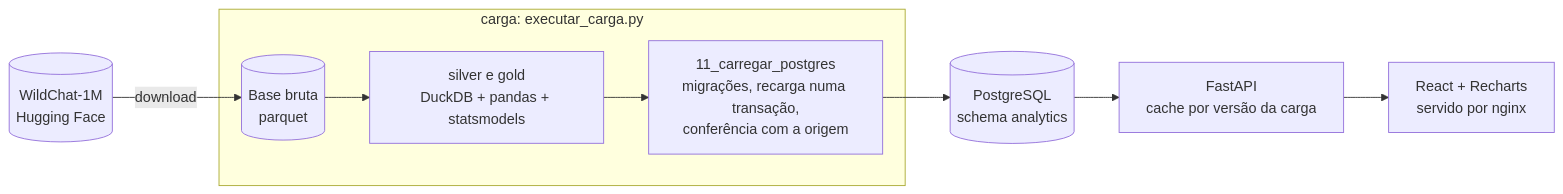
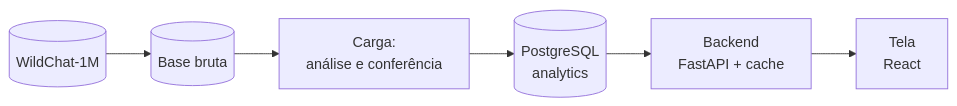
Before and after one commit to HeitorBCosta/desafio-acaso-retencao-ia: the diagram in docs/documento.md, drawn with Mermaid. The commit also changed other lines of this file and 2 other files, not shown here.

First line of the commit message:
Documento enxugado e versão em PDF

````diff
--- a/docs/documento.md
+++ b/docs/documento.md
@@ -290,11 +235,8 @@
 ```mermaid
 flowchart LR
-    HF[(WildChat-1M<br/>Hugging Face)] -->|download| BR[(Base bruta<br/>parquet)]
-    subgraph Carga [carga: executar_carga.py]
-        BR --> S[silver e gold<br/>DuckDB + pandas + statsmodels]
-        S --> L[11_carregar_postgres<br/>migrações, recarga numa transação,<br/>conferência com a origem]
-    end
-    L --> PG[(PostgreSQL<br/>schema analytics)]
-    PG --> API[FastAPI<br/>cache por versão da carga]
-    API --> WEB[React + Recharts<br/>servido por nginx]
+    HF[(WildChat-1M)] --> BR[(Base bruta)]
+    BR --> C[Carga:<br/>análise e conferência]
+    C --> PG[(PostgreSQL<br/>analytics)]
+    PG --> API[Backend<br/>FastAPI + cache]
+    API --> WEB[Tela<br/>React]
 ```
````
